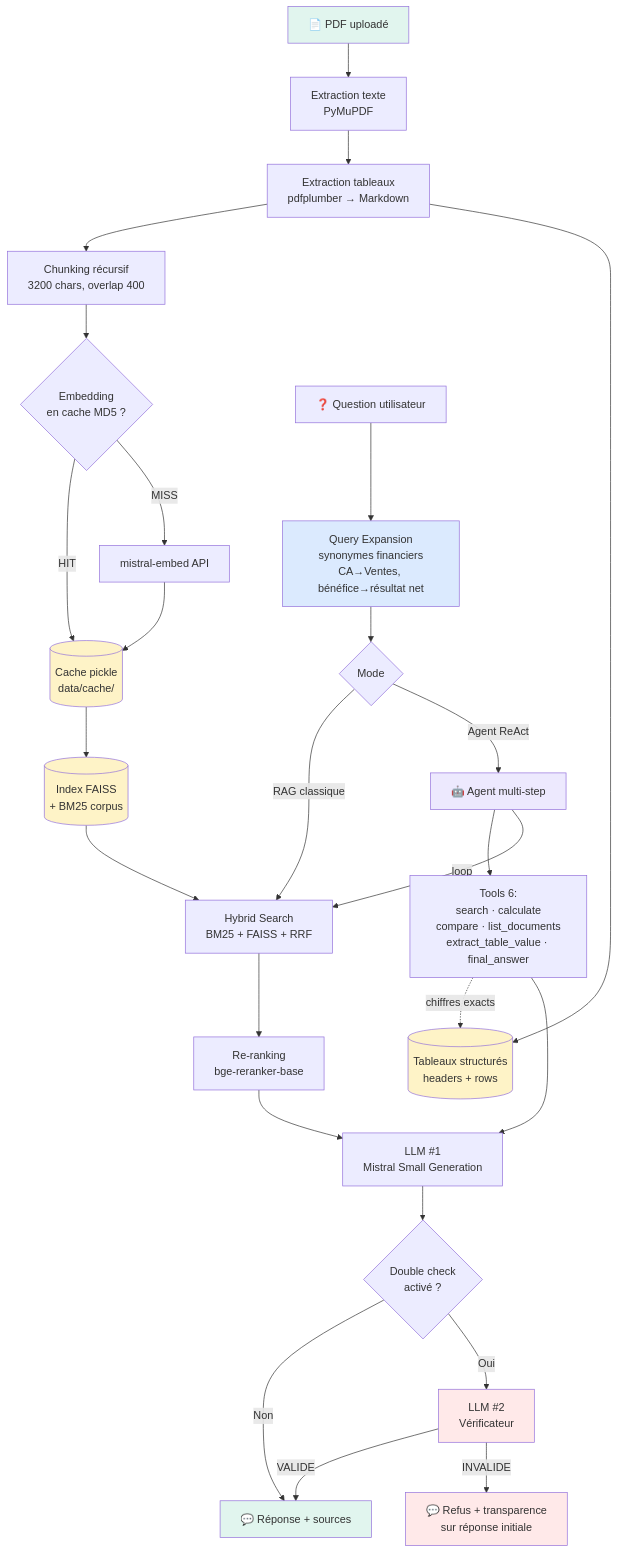
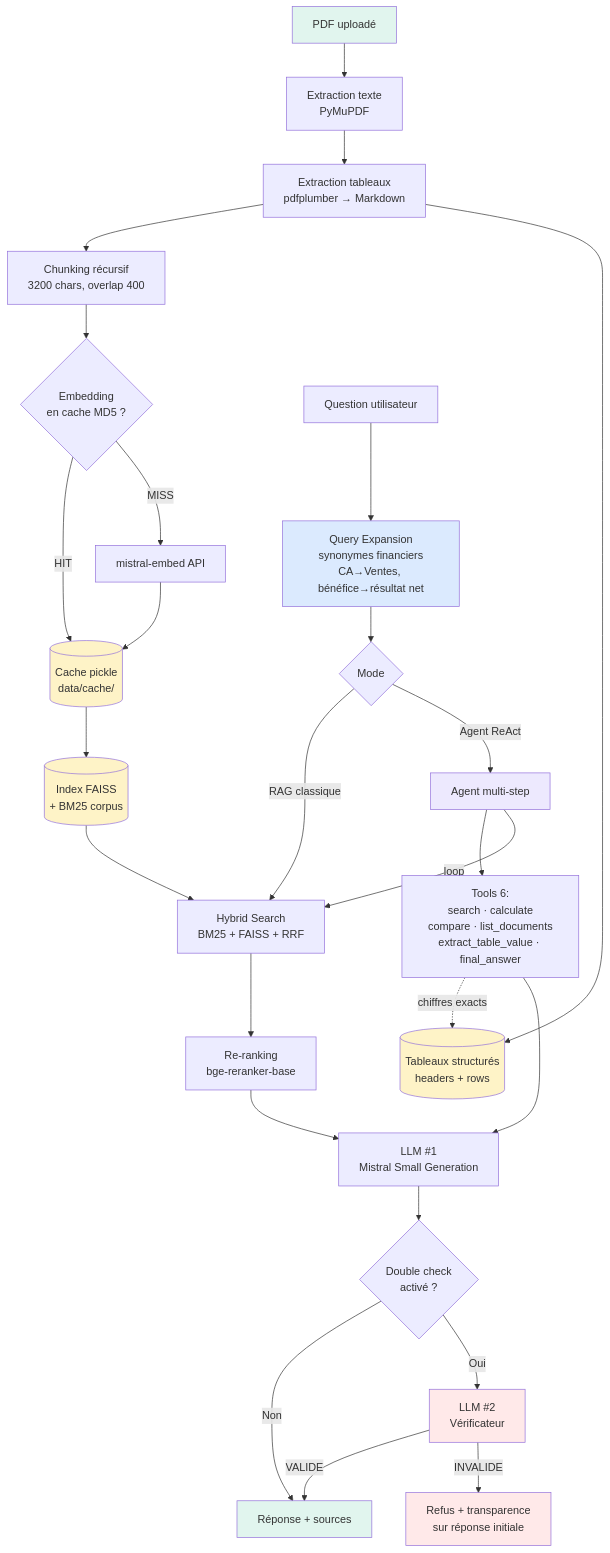
Before and after one commit to nataname78/docsense: the diagram in README.md, drawn with Mermaid. The commit also changed other lines of this file, not shown here.

````diff
--- a/README.md
+++ b/README.md
@@ -122,48 +104,48 @@
 ```mermaid
 flowchart TB
     %% ====== PHASE INDEXATION ======
-    PDF[📄 PDF uploadé] --> EXT[Extraction texte<br/>PyMuPDF]
+    PDF[PDF uploadé] --> EXT[Extraction texte<br/>PyMuPDF]
     EXT --> TAB[Extraction tableaux<br/>pdfplumber → Markdown]
     TAB --> CHUNK[Chunking récursif<br/>3200 chars, overlap 400]
-
+ 
     CHUNK --> EMBCHECK{Embedding<br/>en cache MD5 ?}
     EMBCHECK -->|HIT| CACHE[(Cache pickle<br/>data/cache/)]
     EMBCHECK -->|MISS| EMBAPI[mistral-embed API]
     EMBAPI --> CACHE
     CACHE --> FAISS[(Index FAISS<br/>+ BM25 corpus)]
-
+ 
     TAB --> STRUCTAB[(Tableaux structurés<br/>headers + rows)]
-
+ 
     %% ====== PHASE RUNTIME ======
-    Q[❓ Question utilisateur] --> QEXP[Query Expansion<br/>synonymes financiers<br/>CA→Ventes, bénéfice→résultat net]
-
+    Q[Question utilisateur] --> QEXP[Query Expansion<br/>synonymes financiers<br/>CA→Ventes, bénéfice→résultat net]
+ 
     QEXP --> ROUTE{Mode}
     ROUTE -->|RAG classique| HYBRID[Hybrid Search<br/>BM25 + FAISS + RRF]
-    ROUTE -->|Agent ReAct| AGENT[🤖 Agent multi-step]
-
+    ROUTE -->|Agent ReAct| AGENT[Agent multi-step]
+ 
     AGENT --> TOOLS[Tools 6:<br/>search · calculate<br/>compare · list_documents<br/>extract_table_value · final_answer]
     AGENT -->|loop| HYBRID
     TOOLS -.->|chiffres exacts| STRUCTAB
-
+ 
     FAISS --> HYBRID
     HYBRID --> RERANK[Re-ranking<br/>bge-reranker-base]
     RERANK --> LLM1[LLM #1<br/>Mistral Small Generation]
     TOOLS --> LLM1
-
+ 
     LLM1 --> DCHECK{Double check<br/>activé ?}
-    DCHECK -->|Non| ANS[💬 Réponse + sources]
+    DCHECK -->|Non| ANS[Réponse + sources]
     DCHECK -->|Oui| LLM2[LLM #2<br/>Vérificateur]
     LLM2 -->|VALIDE| ANS
-    LLM2 -->|INVALIDE| REFUS[💬 Refus + transparence<br/>sur réponse initiale]
-
+    LLM2 -->|INVALIDE| REFUS[Refus + transparence<br/>sur réponse initiale]
+ 
     %% ====== STYLES ======
     style PDF fill:#e1f5ee
     style ANS fill:#e1f5ee
     style REFUS fill:#ffe9e9
     style FAISS fill:#fef3c7
     style CACHE fill:#fef3c7
     style STRUCTAB fill:#fef3c7
     style AGENT fill:#ede9fe
     style QEXP fill:#dbeafe
     style LLM2 fill:#ffe9e9
 ```
````
